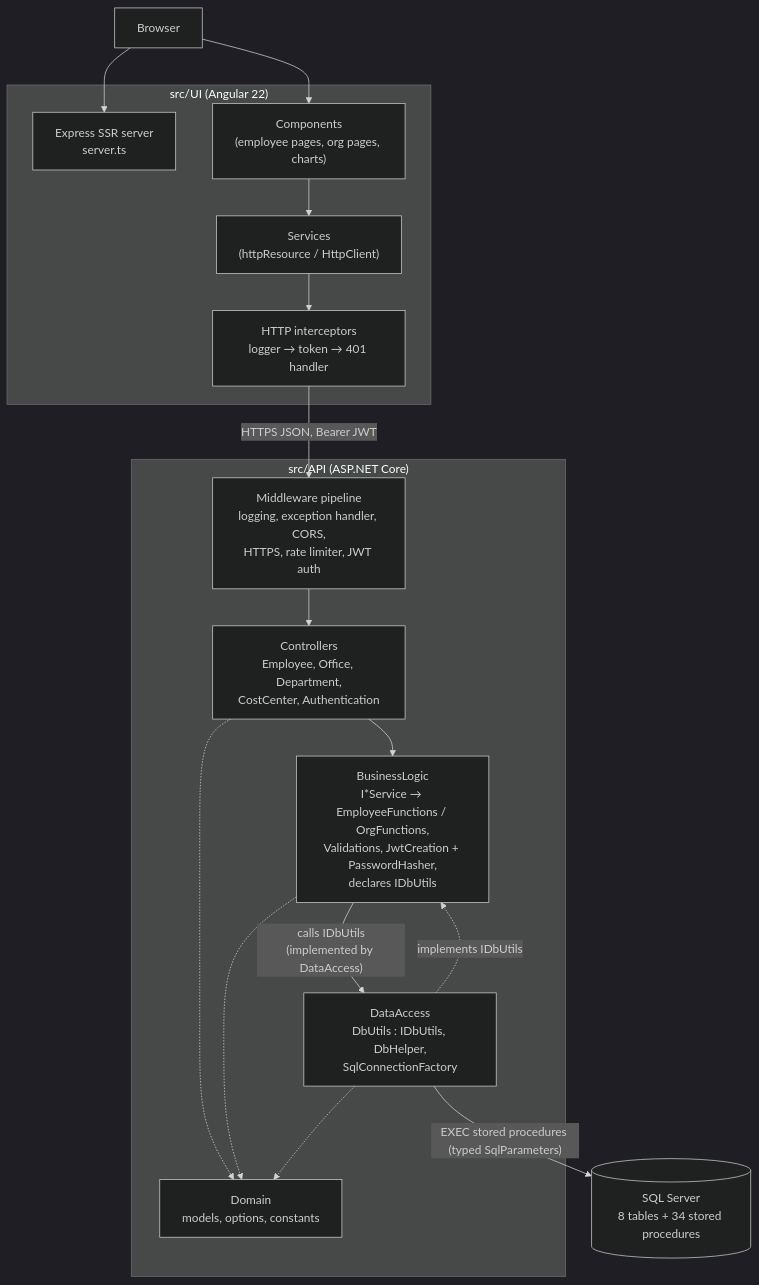
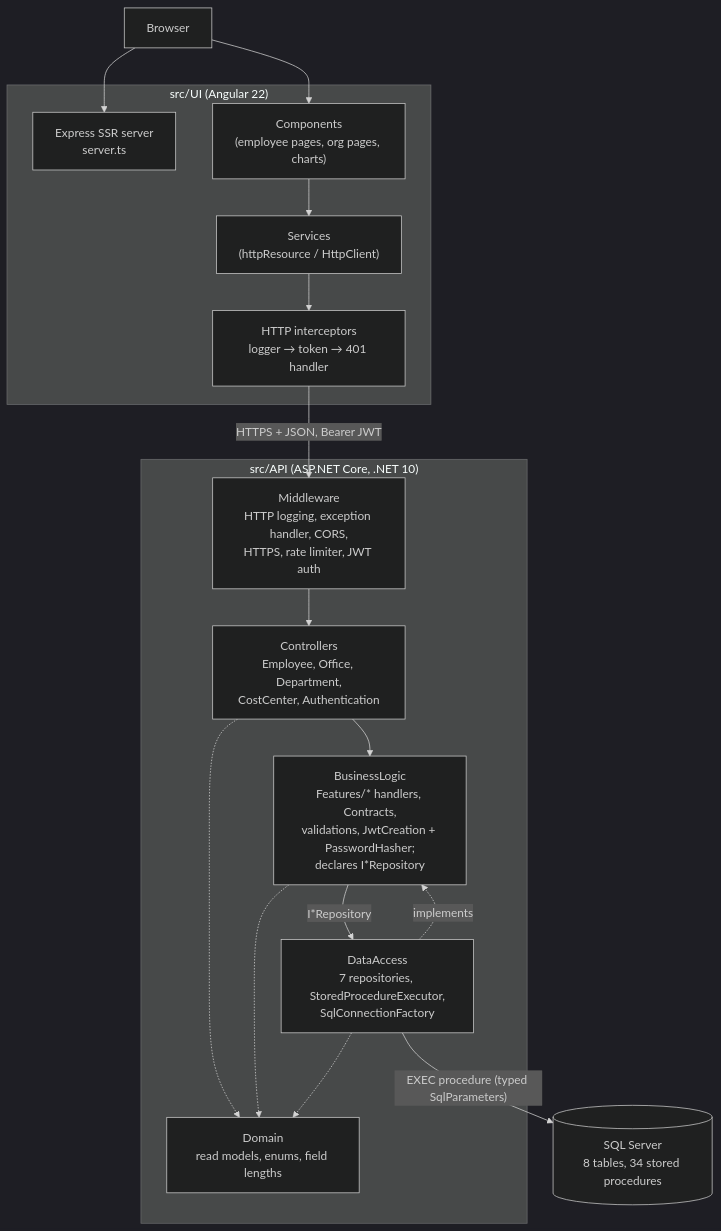
Before and after one commit to FrunzaDan/employee-management-system: the first of 3 diagrams in ARCHITECTURE_AND_DESIGN.md, drawn with Mermaid (dark theme). The commit also changed other lines of this file and 162 other files, not shown here.

Commit message:
clean architecture refactor

````diff
--- a/ARCHITECTURE_AND_DESIGN.md
+++ b/ARCHITECTURE_AND_DESIGN.md
@@ -25,29 +25,29 @@
 ```mermaid
 flowchart TD
     Browser["Browser"]
     subgraph UI["src/UI (Angular 22)"]
         SSR["Express SSR server<br/>server.ts"]
         Comp["Components<br/>(employee pages, org pages, charts)"]
         Svc["Services<br/>(httpResource / HttpClient)"]
         Int["HTTP interceptors<br/>logger → token → 401 handler"]
     end
-    subgraph API["src/API (ASP.NET Core)"]
-        MW["Middleware pipeline<br/>logging, exception handler, CORS,<br/>HTTPS, rate limiter, JWT auth"]
+    subgraph API["src/API (ASP.NET Core, .NET 10)"]
+        MW["Middleware<br/>HTTP logging, exception handler, CORS,<br/>HTTPS, rate limiter, JWT auth"]
         Ctl["Controllers<br/>Employee, Office, Department,<br/>CostCenter, Authentication"]
-        BL["BusinessLogic<br/>I*Service → EmployeeFunctions / OrgFunctions,<br/>Validations, JwtCreation + PasswordHasher,<br/>declares IDbUtils"]
-        DA["DataAccess<br/>DbUtils : IDbUtils, DbHelper,<br/>SqlConnectionFactory"]
-        Dom["Domain<br/>models, options, constants"]
+        BL["BusinessLogic<br/>Features/* handlers, Contracts,<br/>validations, JwtCreation + PasswordHasher;<br/>declares I*Repository"]
+        DA["DataAccess<br/>7 repositories, StoredProcedureExecutor,<br/>SqlConnectionFactory"]
+        Dom["Domain<br/>read models, enums, field lengths"]
     end
-    DB[("SQL Server<br/>8 tables + 34 stored procedures")]
+    DB[("SQL Server<br/>8 tables, 34 stored procedures")]
 
     Browser --> SSR
     Browser --> Comp
     Comp --> Svc --> Int
-    Int -- "HTTPS JSON, Bearer JWT" --> MW --> Ctl --> BL
-    BL -- "calls IDbUtils<br/>(implemented by DataAccess)" --> DA
-    DA -. "implements IDbUtils" .-> BL
-    DA -- "EXEC stored procedures (typed SqlParameters)" --> DB
+    Int -- "HTTPS + JSON, Bearer JWT" --> MW --> Ctl --> BL
+    BL -- "I*Repository" --> DA
+    DA -. "implements" .-> BL
+    DA -- "EXEC procedure (typed SqlParameters)" --> DB
     Ctl -.-> Dom
     BL -.-> Dom
     DA -.-> Dom
 ```
````
